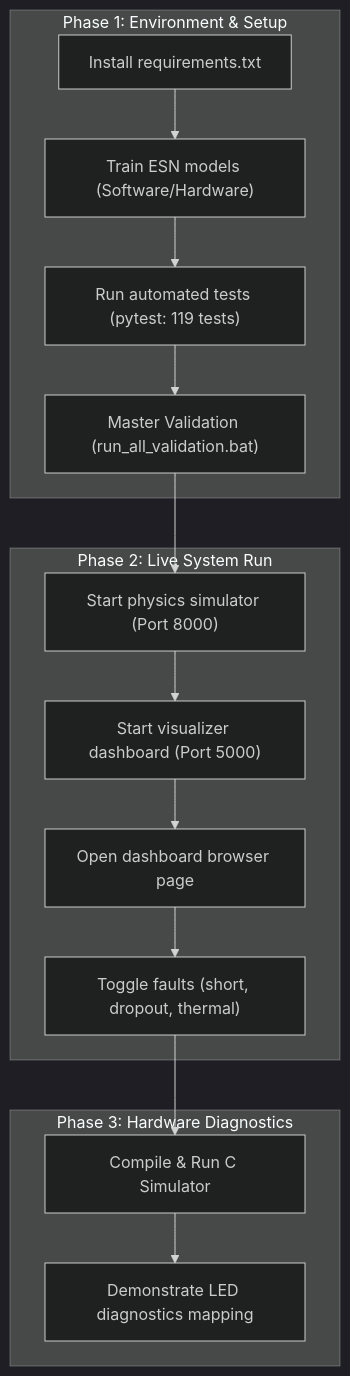
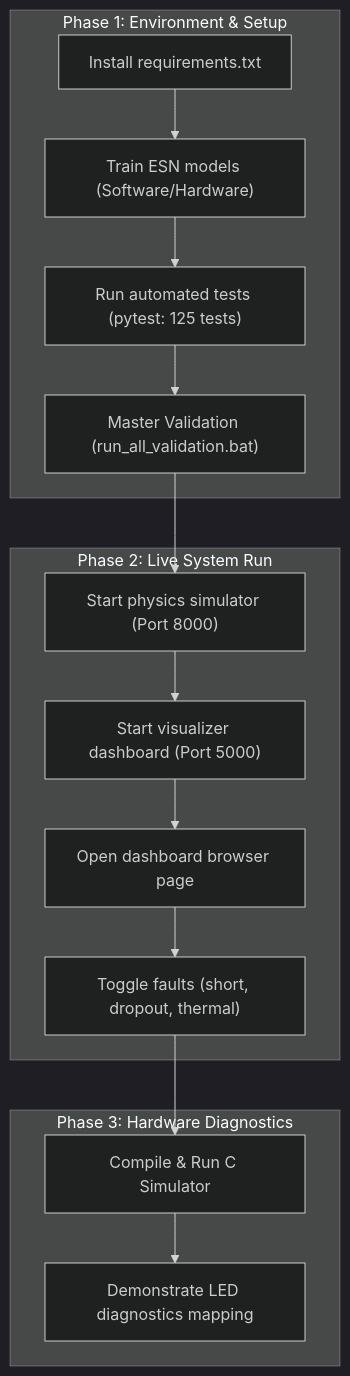
One commit to tanish-jain-225/Battery_State_Estimator_BE_Project_2026_2027 changed the diagram in docs/Resources/DEMO_CHECKLIST.md. Above: the diagram before and after it, drawn with Mermaid (dark theme). The commit also changed other lines of this file and 24 other files, not shown here.

````diff
--- a/docs/Resources/DEMO_CHECKLIST.md
+++ b/docs/Resources/DEMO_CHECKLIST.md
@@ -15,31 +15,31 @@
 ```mermaid
 flowchart TD
     subgraph Phase 1: Environment & Setup
         Setup_1["Install requirements.txt"]
         Setup_2["Train ESN models (Software/Hardware)"]
-        Setup_3["Run automated tests (pytest: 119 tests)"]
+        Setup_3["Run automated tests (pytest: 125 tests)"]
         Setup_4["Master Validation (run_all_validation.bat)"]
         Setup_1 --> Setup_2
         Setup_2 --> Setup_3
         Setup_3 --> Setup_4
     end
 
     subgraph Phase 2: Live System Run
         Run_1["Start physics simulator (Port 8000)"]
         Run_2["Start visualizer dashboard (Port 5000)"]
         Run_3["Open dashboard browser page"]
         Run_4["Toggle faults (short, dropout, thermal)"]
         Run_1 --> Run_2
         Run_2 --> Run_3
         Run_3 --> Run_4
     end
 
     subgraph Phase 3: Hardware Diagnostics
         HW_1["Compile & Run C Simulator"]
         HW_2["Demonstrate LED diagnostics mapping"]
         HW_1 --> HW_2
     end
 
     Setup_4 --> Run_1
     Run_4 --> HW_1
 ```
````
